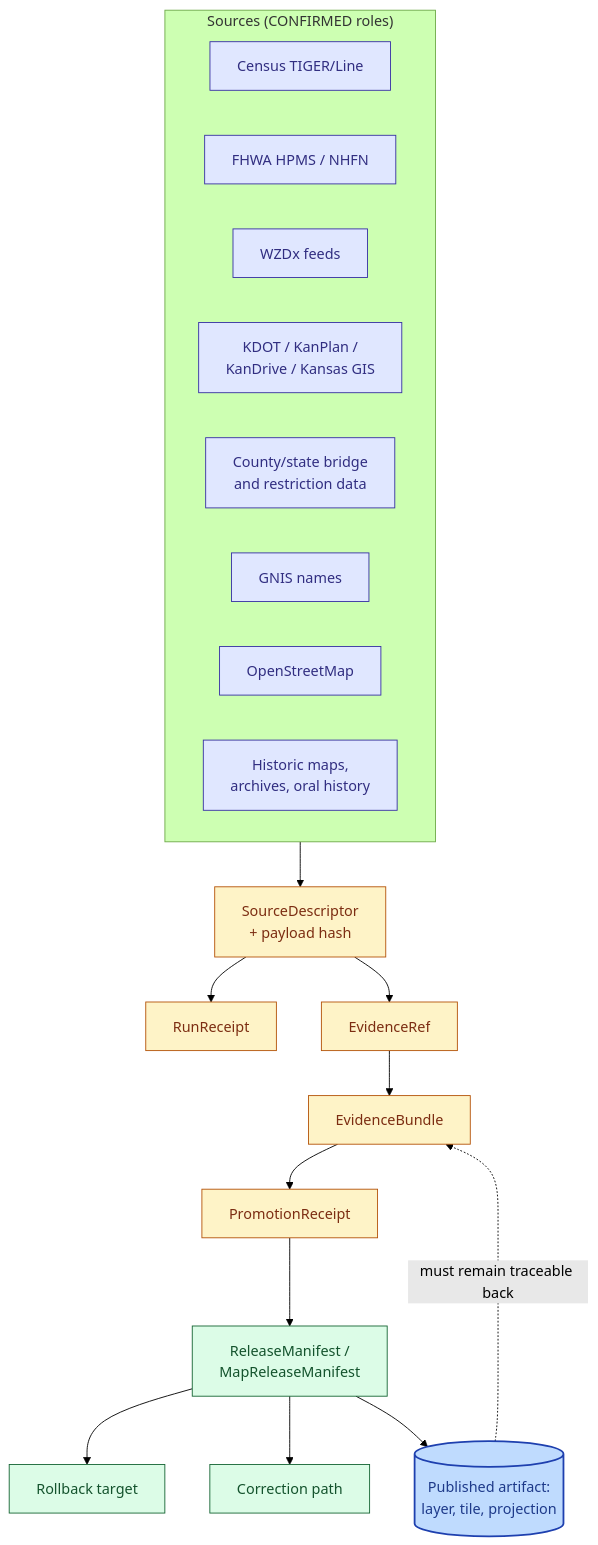
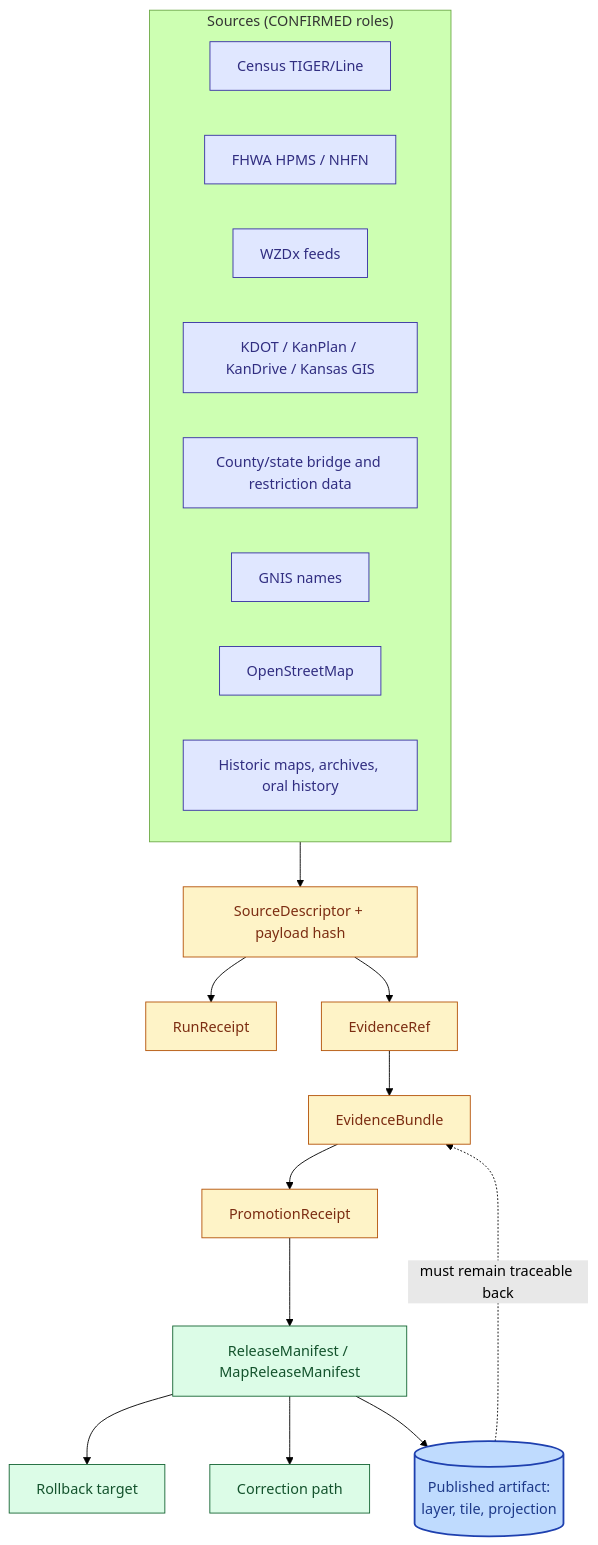
One commit to bartytime4life/Kansas-Frontier-Matrix changed the third of 4 diagrams in docs/domains/roads-rail-trade/PRESERVATION_MATRIX.md. Above: the diagram before and after it, drawn with Mermaid (forest theme). The commit also changed other lines of this file, not shown here.

````diff
--- a/docs/domains/roads-rail-trade/PRESERVATION_MATRIX.md
+++ b/docs/domains/roads-rail-trade/PRESERVATION_MATRIX.md
@@ -248,30 +246,30 @@
 ```mermaid
 flowchart TB
     subgraph SRC["Sources (CONFIRMED roles)"]
-      A1[Census TIGER/Line]:::src
-      A2[FHWA HPMS / NHFN]:::src
-      A3[WZDx feeds]:::src
-      A4[KDOT / KanPlan /<br/>KanDrive / Kansas GIS]:::src
-      A5[County/state bridge<br/>and restriction data]:::src
-      A6[GNIS names]:::src
-      A7[OpenStreetMap]:::src
-      A8[Historic maps,<br/>archives, oral history]:::src
+      A1["Census TIGER/Line"]:::src
+      A2["FHWA HPMS / NHFN"]:::src
+      A3["WZDx feeds"]:::src
+      A4["KDOT / KanPlan / KanDrive / Kansas GIS"]:::src
+      A5["County/state bridge and restriction data"]:::src
+      A6["GNIS names"]:::src
+      A7["OpenStreetMap"]:::src
+      A8["Historic maps, archives, oral history"]:::src
     end
 
-    SRC --> SD[SourceDescriptor<br/>+ payload hash]:::ev
-    SD --> RR[RunReceipt]:::ev
-    SD --> ER[EvidenceRef]:::ev
-    ER --> EB[EvidenceBundle]:::ev
-    EB --> PR[PromotionReceipt]:::ev
-    PR --> RM[ReleaseManifest /<br/>MapReleaseManifest]:::rel
-    RM --> ROL[Rollback target]:::rel
-    RM --> COR[Correction path]:::rel
-    RM --> PUB[(Published artifact:<br/>layer, tile, projection)]:::pub
+    SRC --> SD["SourceDescriptor + payload hash"]:::ev
+    SD --> RR["RunReceipt"]:::ev
+    SD --> ER["EvidenceRef"]:::ev
+    ER --> EB["EvidenceBundle"]:::ev
+    EB --> PR["PromotionReceipt"]:::ev
+    PR --> RM["ReleaseManifest / MapReleaseManifest"]:::rel
+    RM --> ROL["Rollback target"]:::rel
+    RM --> COR["Correction path"]:::rel
+    RM --> PUB[("Published artifact:<br/>layer, tile, projection")]:::pub
 
     PUB -. "must remain traceable back" .-> EB
 
     classDef src fill:#e0e7ff,stroke:#3730a3,color:#312e81
     classDef ev fill:#fef3c7,stroke:#b45309,color:#7c2d12
     classDef rel fill:#dcfce7,stroke:#166534,color:#14532d
     classDef pub fill:#bfdbfe,stroke:#1e40af,color:#1e3a8a,stroke-width:2px
 ```
````
